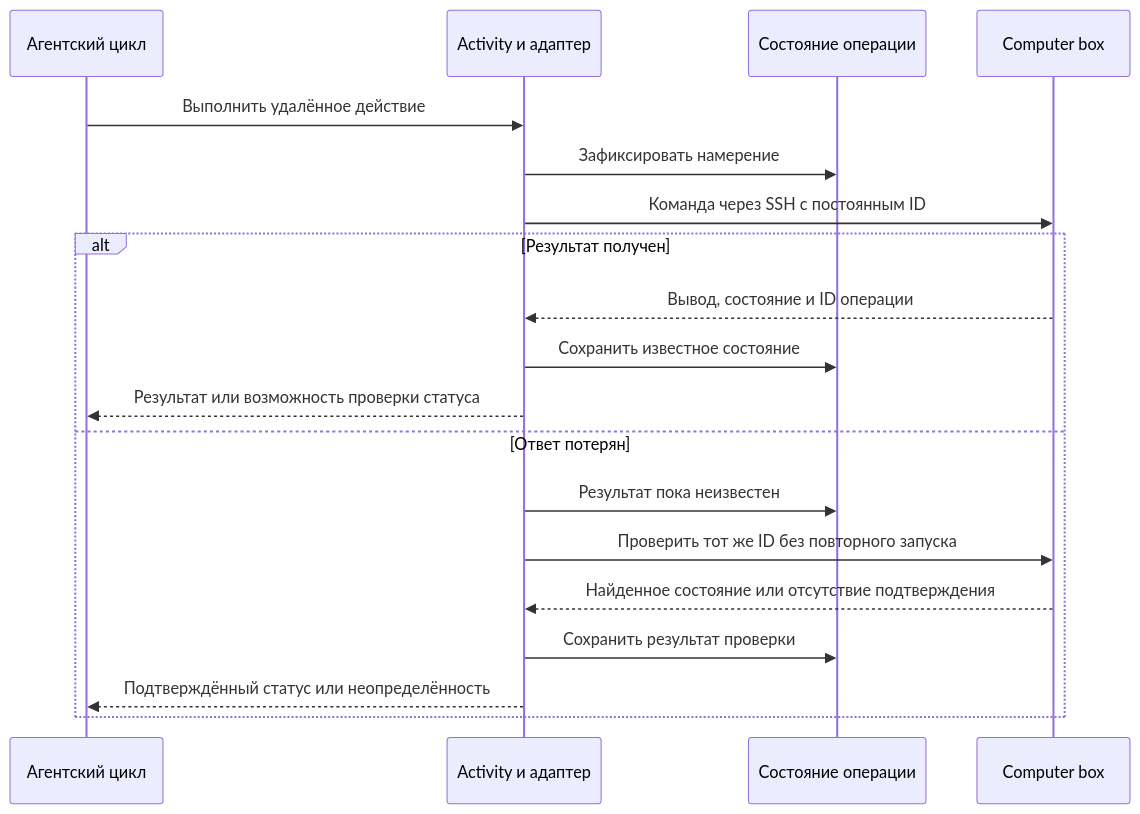
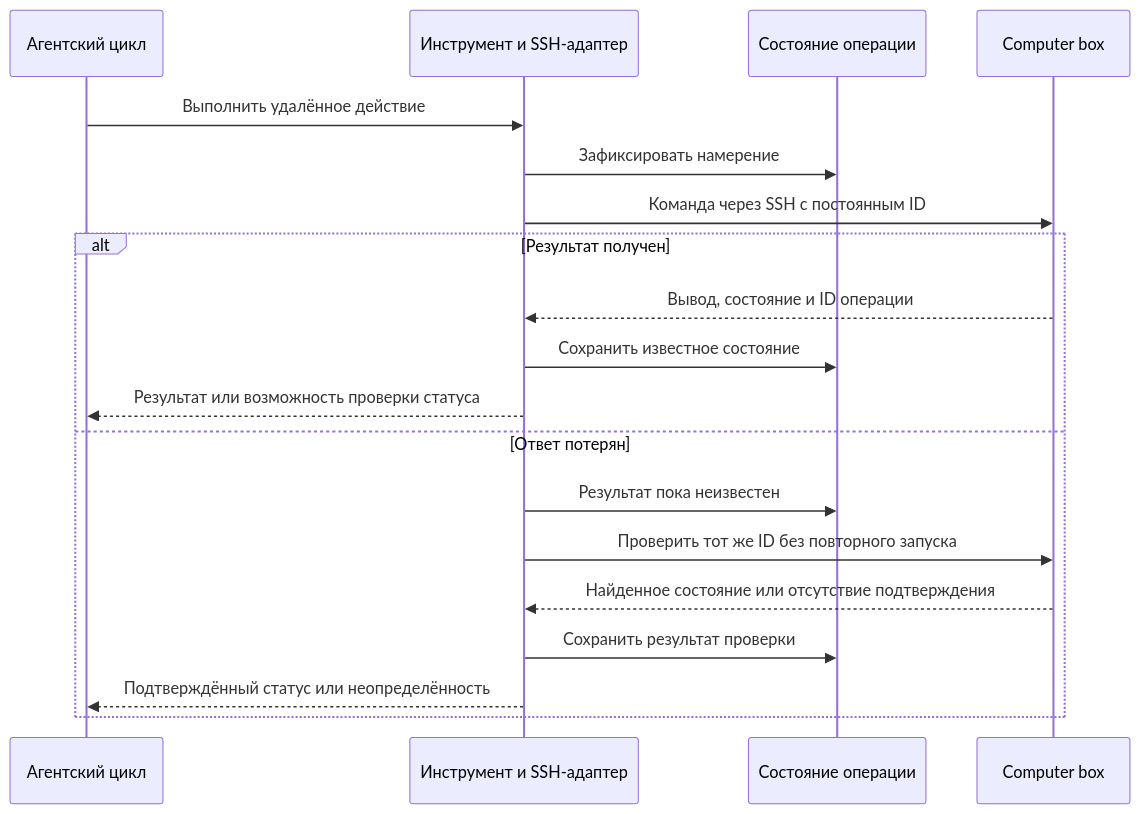
The diagram in docs/diagrams/computer-execution.mmd (mishankov/OpenAlbert), drawn with Mermaid before and after one commit. The commit also changed 201 other files, not shown here.

```diff
--- a/docs/diagrams/computer-execution.mmd
+++ b/docs/diagrams/computer-execution.mmd
@@ -1,21 +1,21 @@
 sequenceDiagram
     accTitle: Работа с удалённым компьютером
-    accDescr: Activity передаёт команду по SSH и сохраняет результат, а при потере ответа проверяет фактическое состояние.
+    accDescr: Инструмент передаёт команду по SSH и сохраняет результат, а при потере ответа проверяет фактическое состояние.
     participant Agent as Агентский цикл
-    participant Activity as Activity и адаптер
+    participant Activity as Инструмент и SSH-адаптер
     participant Store as Состояние операции
     participant Computer as Computer box
     Agent->>Activity: Выполнить удалённое действие
     Activity->>Store: Зафиксировать намерение
     Activity->>Computer: Команда через SSH с постоянным ID
     alt Результат получен
         Computer-->>Activity: Вывод, состояние и ID операции
         Activity->>Store: Сохранить известное состояние
         Activity-->>Agent: Результат или возможность проверки статуса
     else Ответ потерян
         Activity->>Store: Результат пока неизвестен
         Activity->>Computer: Проверить тот же ID без повторного запуска
         Computer-->>Activity: Найденное состояние или отсутствие подтверждения
         Activity->>Store: Сохранить результат проверки
         Activity-->>Agent: Подтверждённый статус или неопределённость
     end
```
